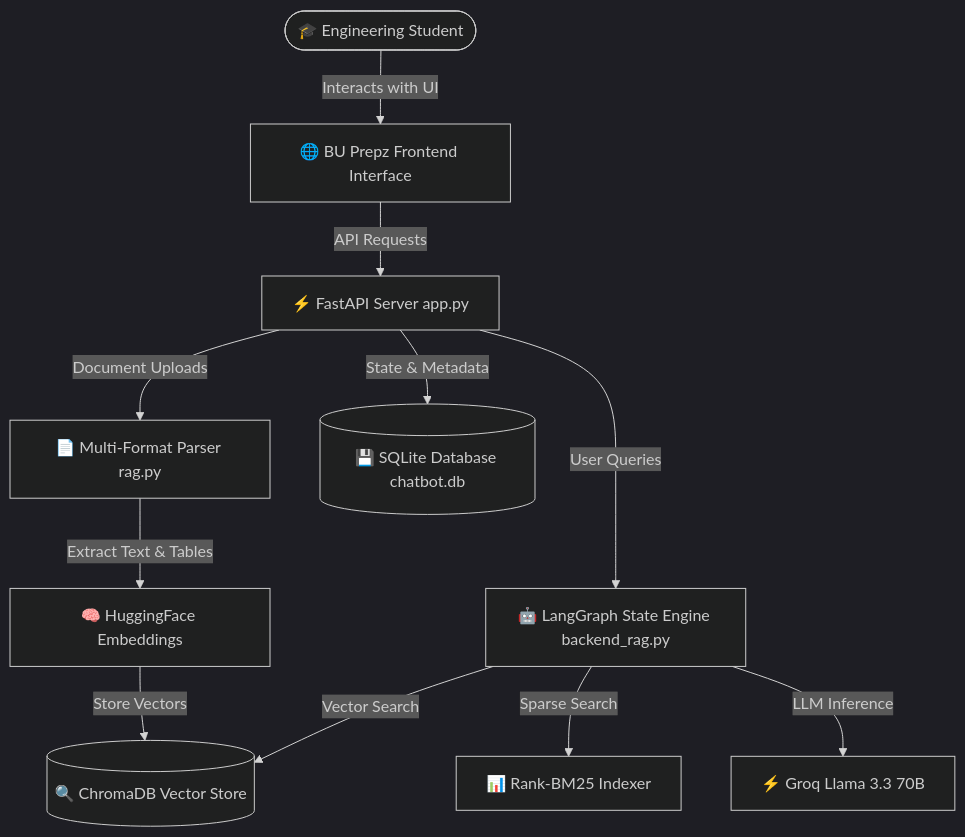
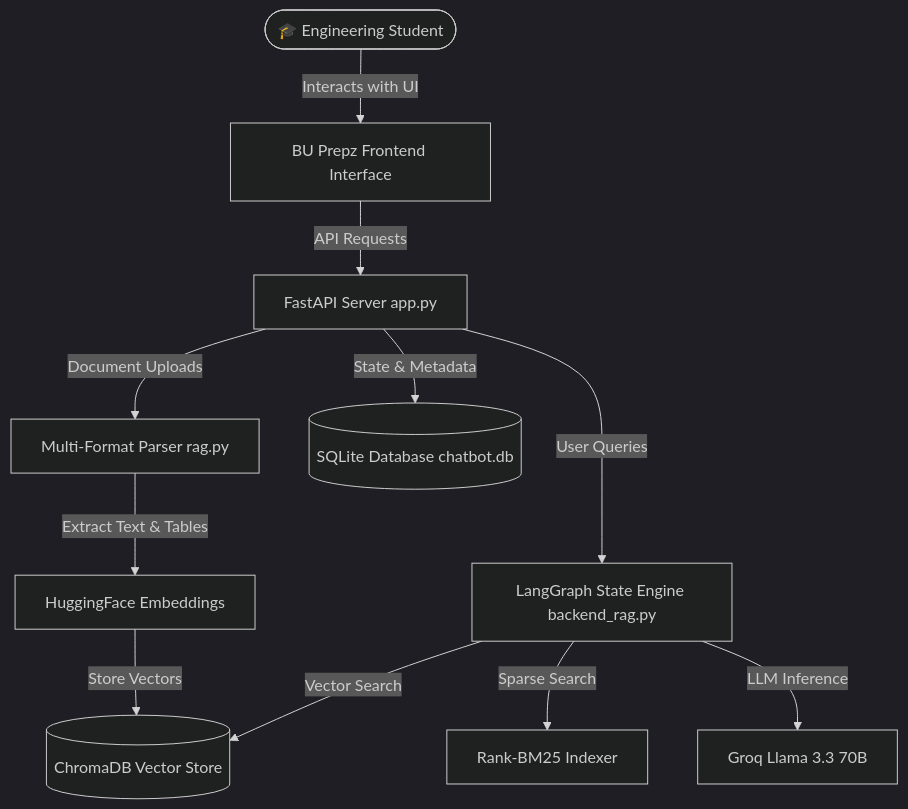
One commit to om0710/prepz-workspace- changed the diagram in README.md. Above: the diagram before and after it, drawn with Mermaid (dark theme). The commit also changed other lines of this file, not shown here.

````diff
--- a/README.md
+++ b/README.md
@@ -65,16 +65,16 @@
 ```mermaid
 graph TD
-    User([🎓 Engineering Student]) -->|Interacts with UI| Frontend[🌐 BU Prepz Frontend Interface]
-    Frontend -->|API Requests| FastAPI[⚡ FastAPI Server app.py]
+    User([🎓 Engineering Student]) -->|Interacts with UI| Frontend[ BU Prepz Frontend Interface]
+    Frontend -->|API Requests| FastAPI[ FastAPI Server app.py]
     
-    FastAPI -->|Document Uploads| RAG[📄 Multi-Format Parser rag.py]
-    RAG -->|Extract Text & Tables| Embeddings[🧠 HuggingFace Embeddings]
-    Embeddings -->|Store Vectors| VectorDB[(🔍 ChromaDB Vector Store)]
+    FastAPI -->|Document Uploads| RAG[ Multi-Format Parser rag.py]
+    RAG -->|Extract Text & Tables| Embeddings[ HuggingFace Embeddings]
+    Embeddings -->|Store Vectors| VectorDB[( ChromaDB Vector Store)]
     
-    FastAPI -->|User Queries| LangGraph[🤖 LangGraph State Engine backend_rag.py]
+    FastAPI -->|User Queries| LangGraph[ LangGraph State Engine backend_rag.py]
     LangGraph -->|Vector Search| VectorDB
-    LangGraph -->|Sparse Search| BM25[📊 Rank-BM25 Indexer]
-    LangGraph -->|LLM Inference| Groq[⚡ Groq Llama 3.3 70B]
+    LangGraph -->|Sparse Search| BM25[ Rank-BM25 Indexer]
+    LangGraph -->|LLM Inference| Groq[ Groq Llama 3.3 70B]
     
-    FastAPI -->|State & Metadata| SQLite[(💾 SQLite Database chatbot.db)]
+    FastAPI -->|State & Metadata| SQLite[( SQLite Database chatbot.db)]
 ```
````
